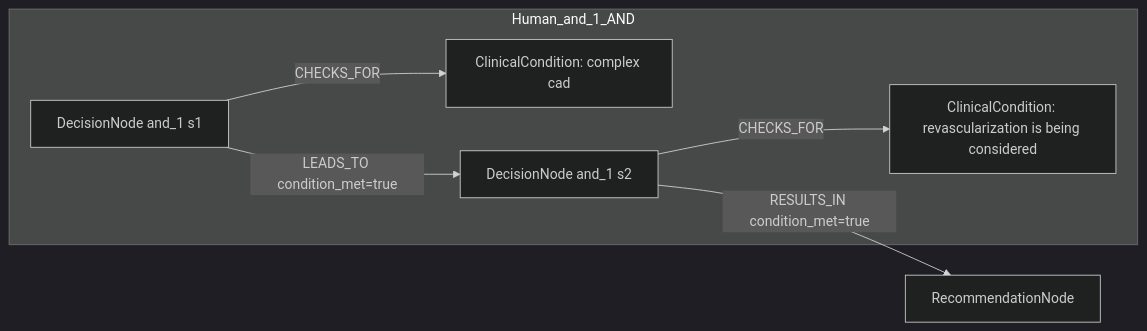
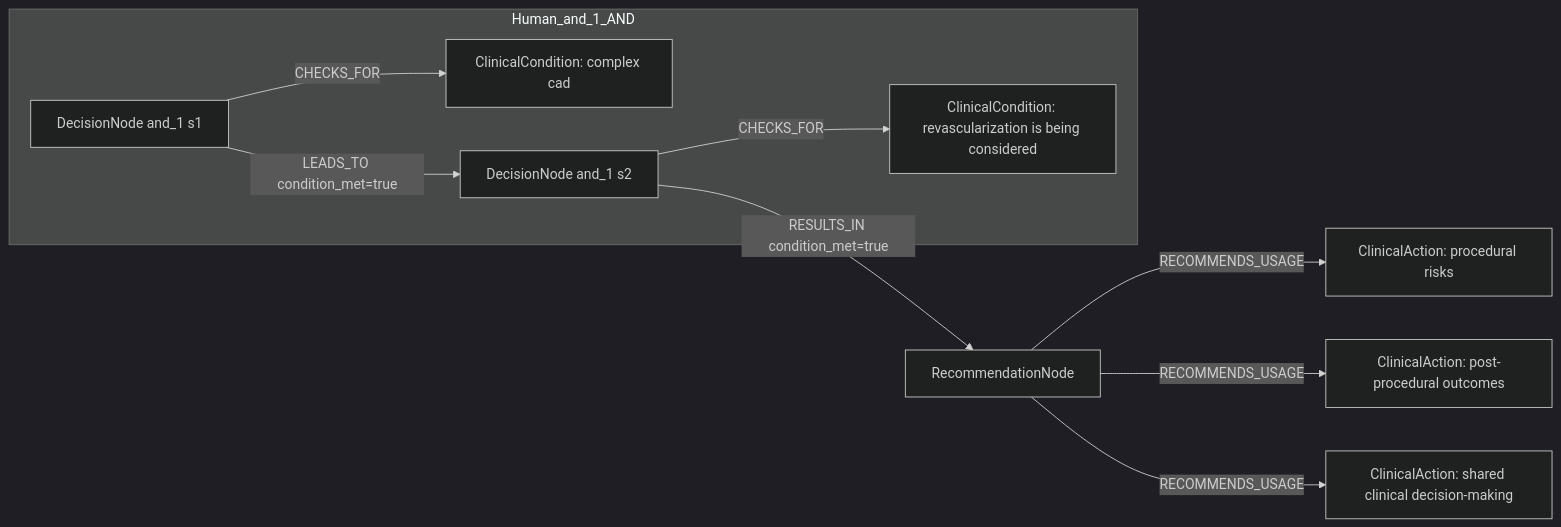
Before and after one commit to dieterich-lab/CardioGuidelinesGraph: the first of 2 diagrams in docs/table22_rows_comparison/row_13.md, drawn with Mermaid (dark theme). The commit also changed other lines of this file and 21 other files, not shown here.

Commit message:
Fix rowwise Mermaid side handling for human annotations

````diff
--- a/docs/table22_rows_comparison/row_13.md
+++ b/docs/table22_rows_comparison/row_13.md
@@ -208,14 +116,20 @@
 ```mermaid
 graph LR
   REC[RecommendationNode]
+  ACT1[ClinicalAction: procedural risks]
+  REC -->|RECOMMENDS_USAGE| ACT1
+  ACT2[ClinicalAction: post-procedural outcomes]
+  REC -->|RECOMMENDS_USAGE| ACT2
+  ACT3[ClinicalAction: shared clinical decision-making]
+  REC -->|RECOMMENDS_USAGE| ACT3
   subgraph Human_and_1_AND
     D_and_1_1[DecisionNode and_1 s1]
     C_and_1_1[ClinicalCondition: complex cad]
     D_and_1_1 -->|CHECKS_FOR| C_and_1_1
     D_and_1_2[DecisionNode and_1 s2]
     C_and_1_2[ClinicalCondition: revascularization is being considered]
     D_and_1_2 -->|CHECKS_FOR| C_and_1_2
     D_and_1_1 -->|LEADS_TO condition_met=true| D_and_1_2
   end
   D_and_1_2 -->|RESULTS_IN condition_met=true| REC
 ```
````
